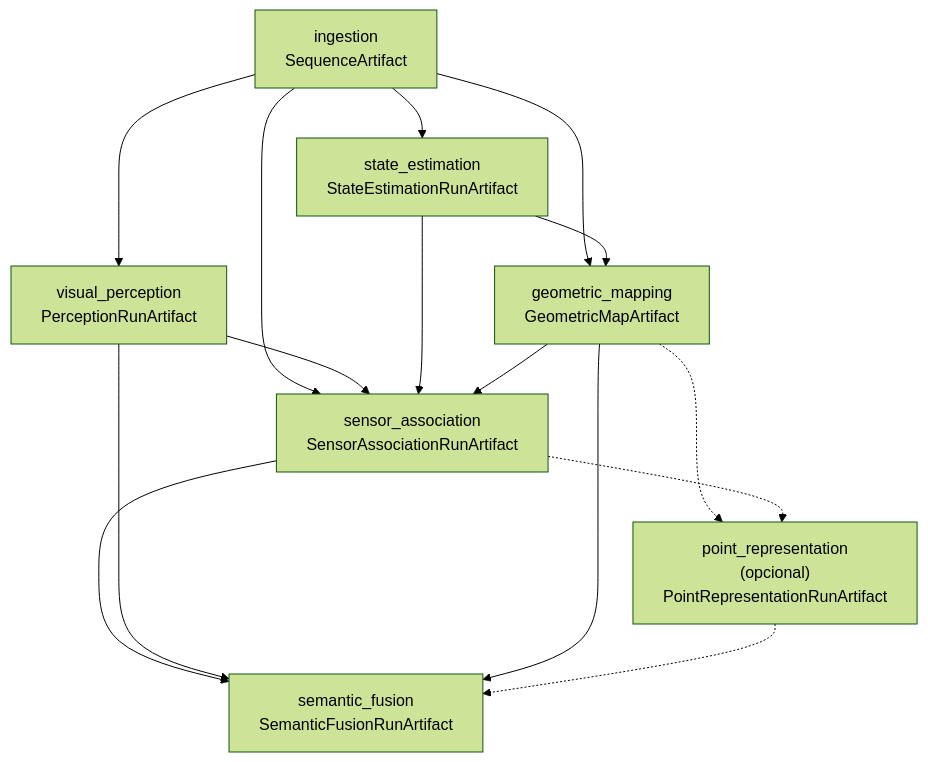
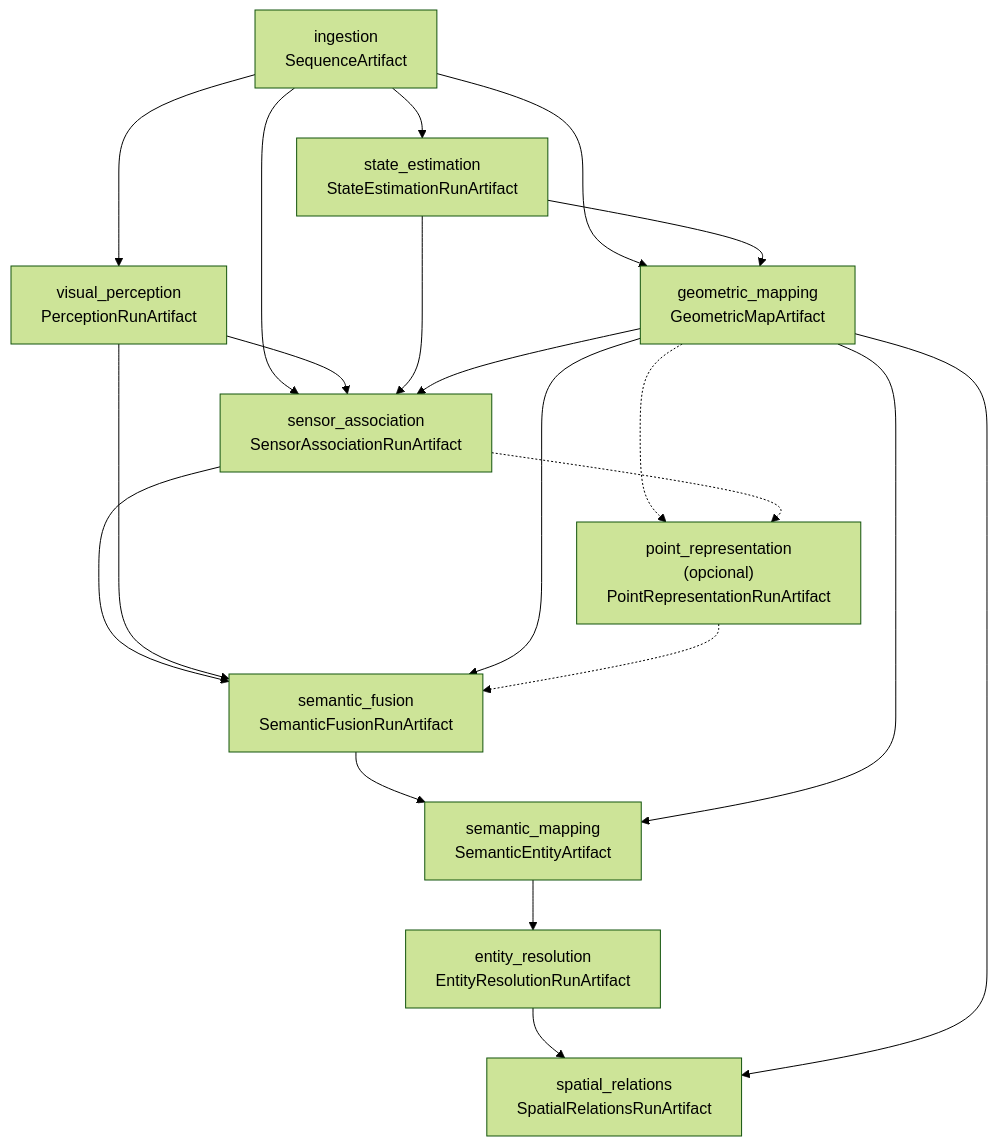
One commit to Alexandre-Tortoza/contextmap2 changed the diagram in src/contextmap/runtime/docs/pipeline.md. Above: the diagram before and after it, drawn with Mermaid (forest theme). The commit also changed other lines of this file and 22 other files, not shown here.

First line of the commit message:
feat(runtime): compose real entity_resolution and spatial_relations executors

````diff
--- a/src/contextmap/runtime/docs/pipeline.md
+++ b/src/contextmap/runtime/docs/pipeline.md
@@ -9,25 +9,33 @@
 ```mermaid
 flowchart TD
     ING["ingestion<br/>SequenceArtifact"]
     VP["visual_perception<br/>PerceptionRunArtifact"]
     ST["state_estimation<br/>StateEstimationRunArtifact"]
     GM["geometric_mapping<br/>GeometricMapArtifact"]
     SA["sensor_association<br/>SensorAssociationRunArtifact"]
     PR["point_representation<br/>(opcional)<br/>PointRepresentationRunArtifact"]
     SF["semantic_fusion<br/>SemanticFusionRunArtifact"]
+    SM["semantic_mapping<br/>SemanticEntityArtifact"]
+    ER["entity_resolution<br/>EntityResolutionRunArtifact"]
+    SR["spatial_relations<br/>SpatialRelationsRunArtifact"]
 
     ING --> VP
     ING --> ST
     ING --> GM
     ST --> GM
     ING --> SA
     VP --> SA
     ST --> SA
     GM --> SA
     GM -.-> PR
     SA -.-> PR
     SA --> SF
     VP --> SF
     GM --> SF
     PR -.-> SF
+    SF --> SM
+    GM --> SM
+    SM --> ER
+    ER --> SR
+    GM --> SR
 ```
````
